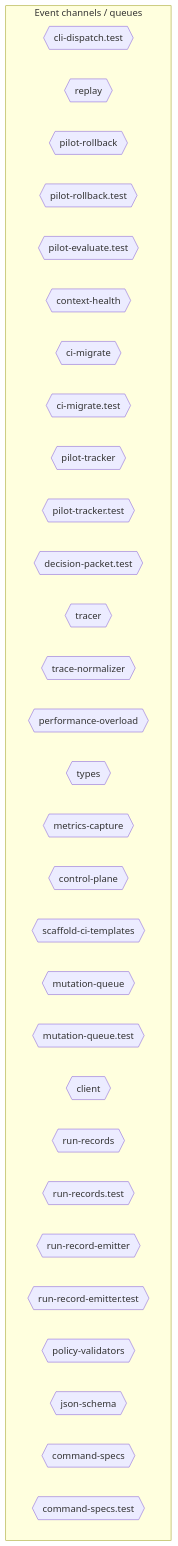
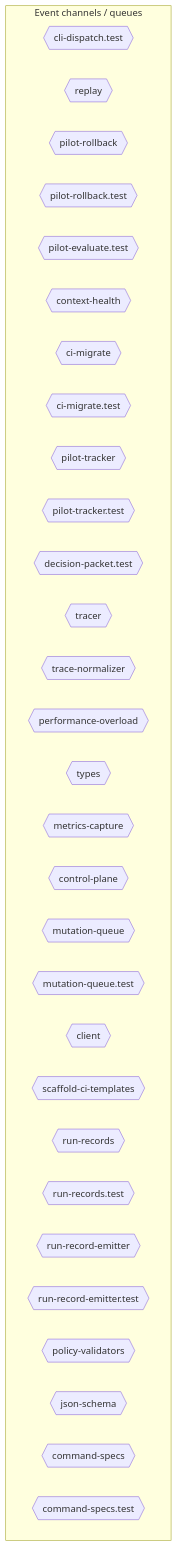
Before and after one commit to jscraik/coding-harness: the sixth of 10 diagrams in AI/context/diagram-context.md, drawn with Mermaid. The commit also changed other lines of this file, not shown here.

First line of the commit message:
chore(diagrams): refresh architecture context

````diff
--- a/AI/context/diagram-context.md
+++ b/AI/context/diagram-context.md
@@ -2003,36 +2006,36 @@
 ```mermaid
 flowchart TD
   subgraph Channels["Event channels / queues"]
     cli_dispatch_test_54c9f17b{{"cli-dispatch.test"}}
     replay_ac203c98{{"replay"}}
     pilot_rollback_00c1f82c{{"pilot-rollback"}}
     pilot_rollback_test_e61d5a2b{{"pilot-rollback.test"}}
     pilot_evaluate_test_a2ac06fc{{"pilot-evaluate.test"}}
     context_health_80bb7da9{{"context-health"}}
     ci_migrate_78bb70b1{{"ci-migrate"}}
     ci_migrate_test_2a015bb9{{"ci-migrate.test"}}
     pilot_tracker_5c767813{{"pilot-tracker"}}
     pilot_tracker_test_80398a66{{"pilot-tracker.test"}}
     decision_packet_test_9ea0e97b{{"decision-packet.test"}}
     tracer_1e6243a2{{"tracer"}}
     trace_normalizer_cb1be1d2{{"trace-normalizer"}}
     performance_overload_c685bfcf{{"performance-overload"}}
-    types_10_75e5a4a0{{"types"}}
+    types_9_1db4641f{{"types"}}
     metrics_capture_1d1a2c08{{"metrics-capture"}}
     control_plane_96826665{{"control-plane"}}
-    scaffold_ci_templates_2afd6392{{"scaffold-ci-templates"}}
     mutation_queue_ce5a530e{{"mutation-queue"}}
     mutation_queue_test_10b599e8{{"mutation-queue.test"}}
     client_1_914e1681{{"client"}}
+    scaffold_ci_templates_2afd6392{{"scaffold-ci-templates"}}
     run_records_f616aa7c{{"run-records"}}
     run_records_test_3ee6a0e3{{"run-records.test"}}
     run_record_emitter_00168a3a{{"run-record-emitter"}}
     run_record_emitter_test_5475c0da{{"run-record-emitter.test"}}
     policy_validators_6682e192{{"policy-validators"}}
     json_schema_74a768d7{{"json-schema"}}
     command_specs_69167c63{{"command-specs"}}
     command_specs_test_7f693e85{{"command-specs.test"}}
   end
   classDef eventNode fill:#db2777,color:#fff
 
 ```
````
